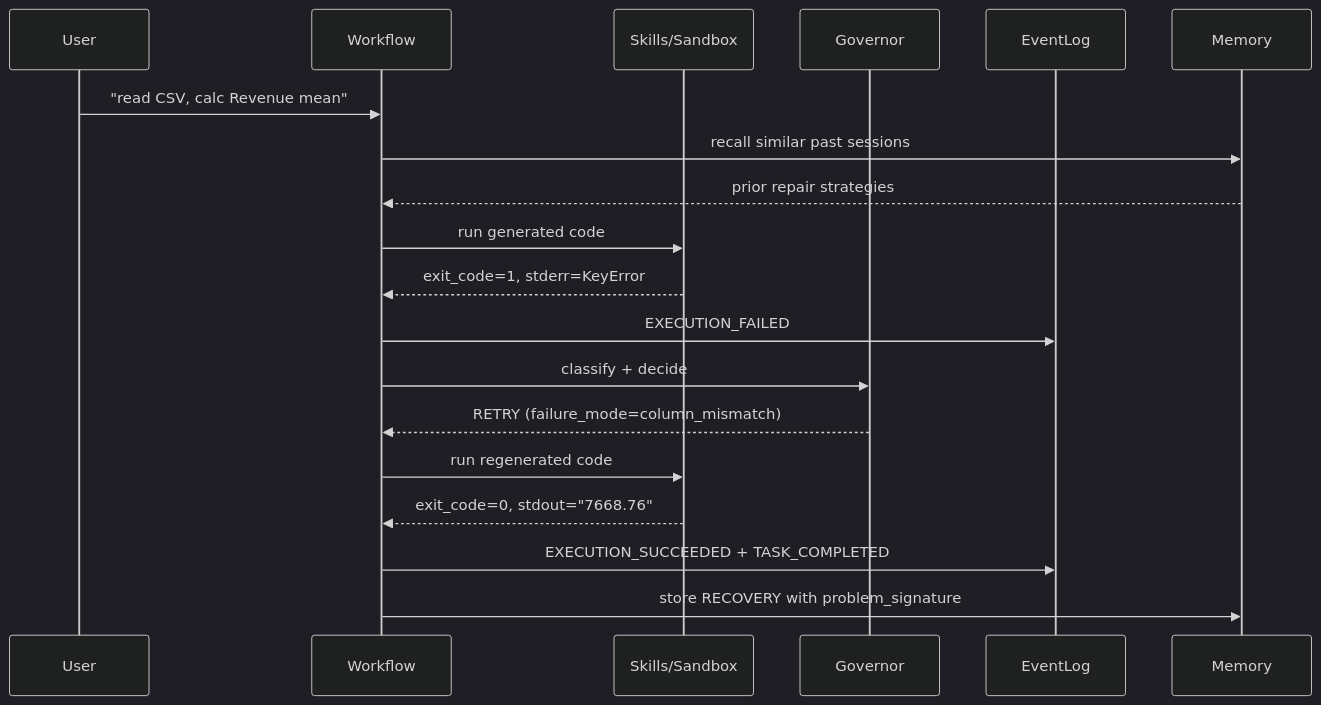
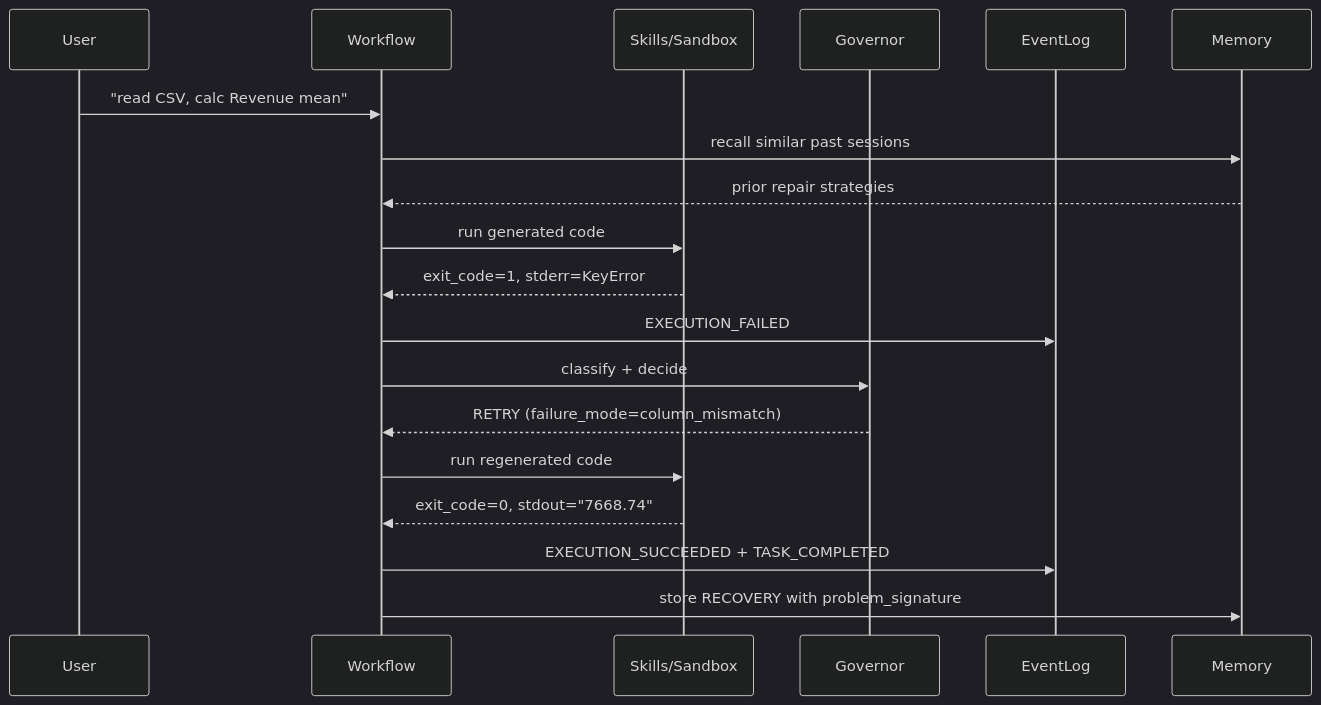
One commit to Judy-Liu118/Reforge changed the diagram in README.md. Above: the diagram before and after it, drawn with Mermaid (dark theme). The commit also changed other lines of this file, not shown here.

First line of the commit message:
docs(readme): align with current code post-governor audit + vision refactor

````diff
--- a/README.md
+++ b/README.md
@@ -37,22 +47,22 @@
 ```mermaid
 sequenceDiagram
     participant U as User
     participant W as Workflow
     participant S as Skills/Sandbox
     participant G as Governor
     participant E as EventLog
     participant M as Memory
 
     U->>W: "read CSV, calc Revenue mean"
     W->>M: recall similar past sessions
     M-->>W: prior repair strategies
     W->>S: run generated code
     S-->>W: exit_code=1, stderr=KeyError
     W->>E: EXECUTION_FAILED
     W->>G: classify + decide
     G-->>W: RETRY (failure_mode=column_mismatch)
     W->>S: run regenerated code
-    S-->>W: exit_code=0, stdout="7668.76"
+    S-->>W: exit_code=0, stdout="7668.74"
     W->>E: EXECUTION_SUCCEEDED + TASK_COMPLETED
     W->>M: store RECOVERY with problem_signature
 ```
````
